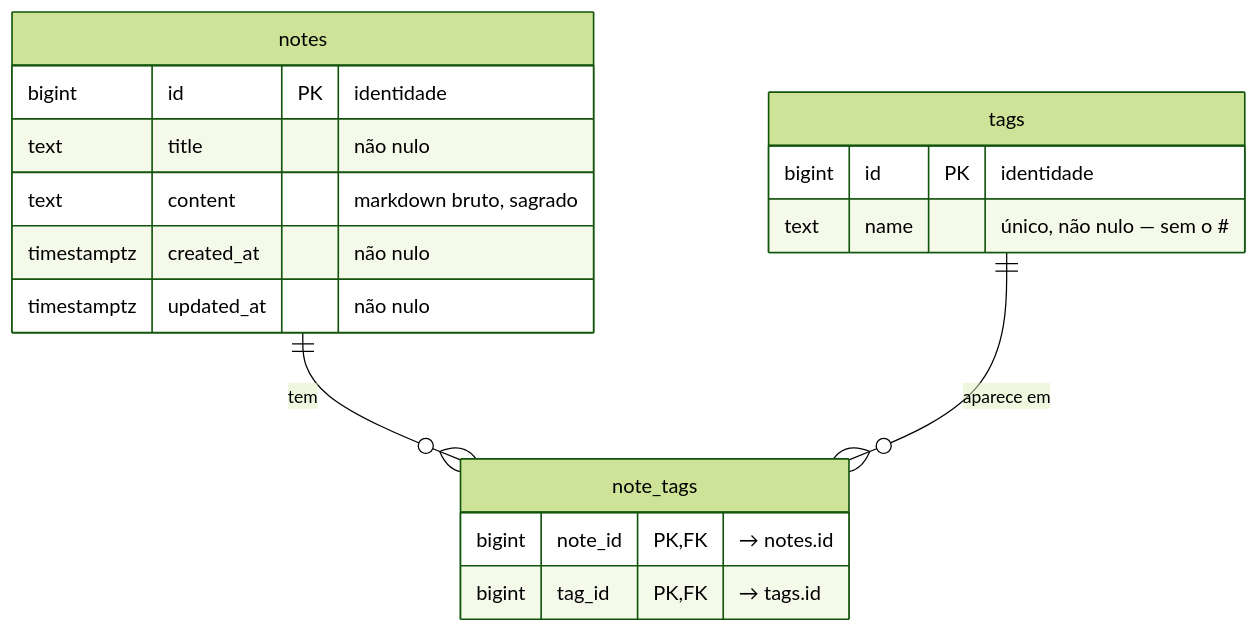
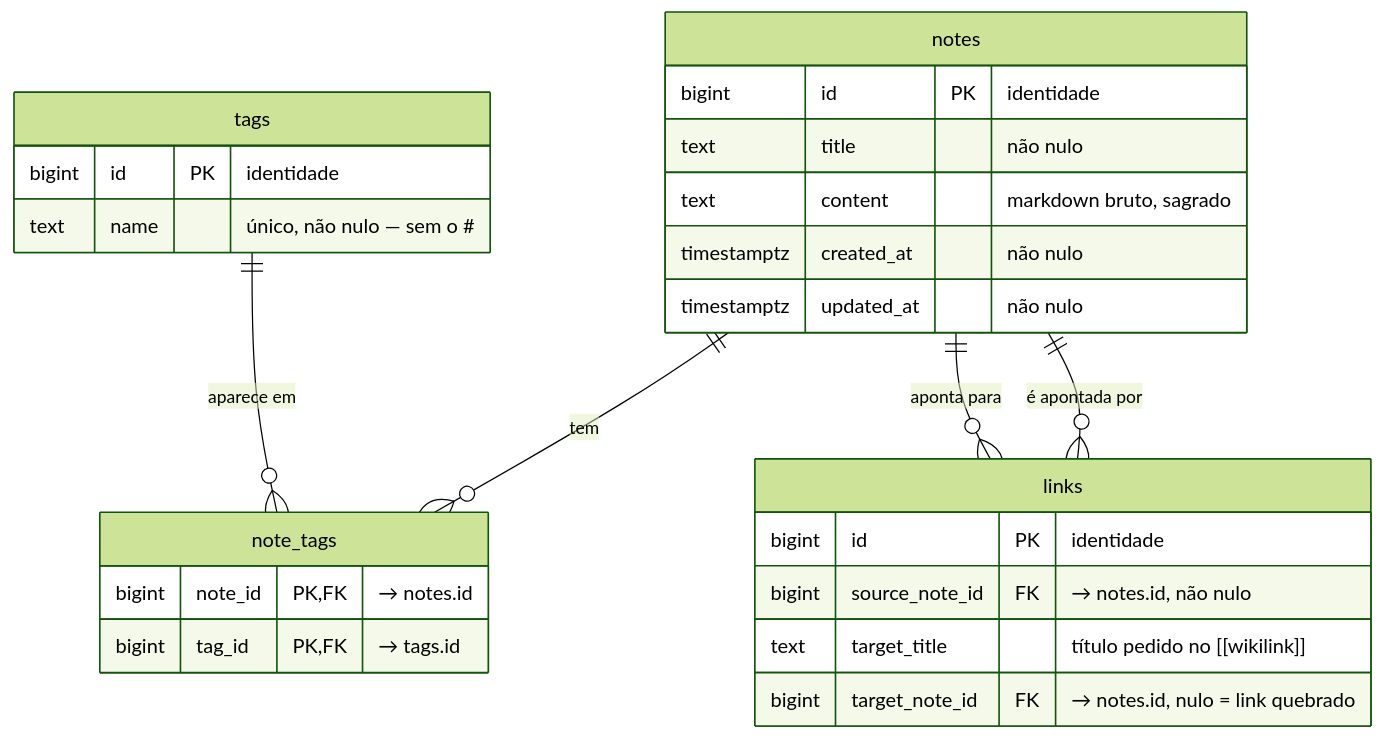
The diagram in docs/DATABASE.md (LipeSou/commonplace-book), drawn with Mermaid (forest theme) before and after one commit. The commit also changed other lines of this file and 22 other files, not shown here.

````diff
--- a/docs/DATABASE.md
+++ b/docs/DATABASE.md
@@ -15,23 +15,32 @@
 ```mermaid
 erDiagram
     notes {
         bigint      id PK "identidade"
         text        title "não nulo"
         text        content "markdown bruto, sagrado"
         timestamptz created_at "não nulo"
         timestamptz updated_at "não nulo"
     }
 
     tags {
         bigint id PK "identidade"
         text   name "único, não nulo — sem o #"
     }
 
     note_tags {
         bigint note_id PK, FK "→ notes.id"
         bigint tag_id  PK, FK "→ tags.id"
     }
 
+    links {
+        bigint id PK "identidade"
+        bigint source_note_id FK "→ notes.id, não nulo"
+        text   target_title "título pedido no [[wikilink]]"
+        bigint target_note_id FK "→ notes.id, nulo = link quebrado"
+    }
+
     notes ||--o{ note_tags : "tem"
     tags  ||--o{ note_tags : "aparece em"
+    notes ||--o{ links : "aponta para"
+    notes ||--o{ links : "é apontada por"
 ```
````
